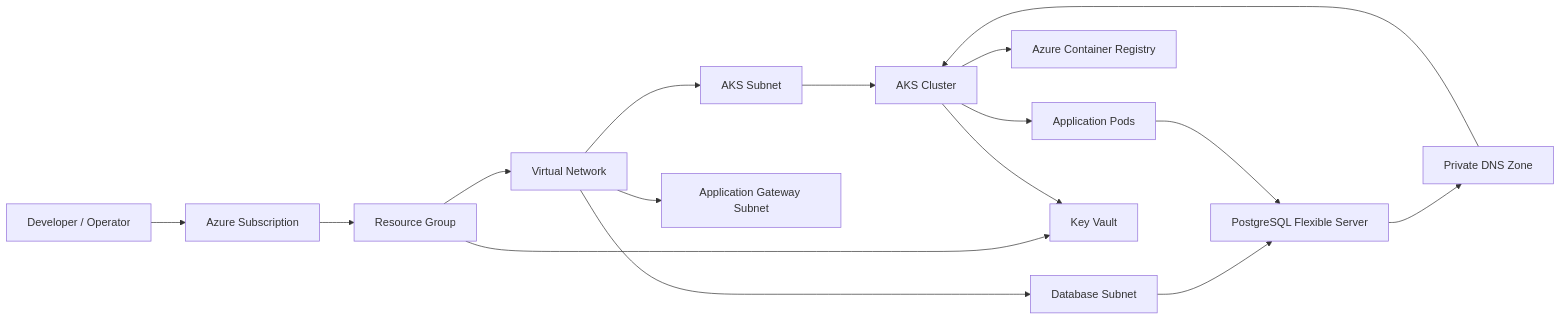
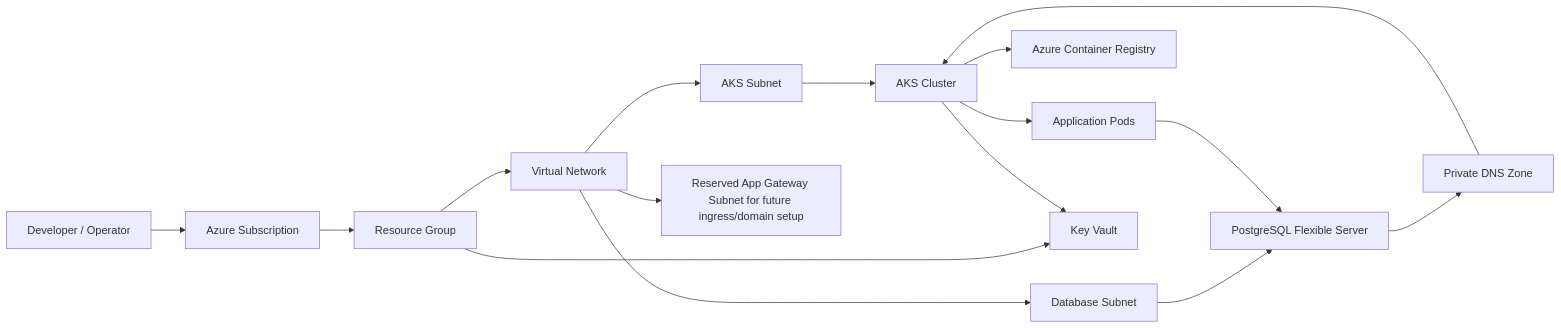
One commit to mohdabbas078/azure-aks-infra changed the diagram in README.md. Above: the diagram before and after it, drawn with Mermaid. The commit also changed other lines of this file and 1 other file, not shown here.

````diff
--- a/README.md
+++ b/README.md
@@ -19,21 +20,21 @@
 ```mermaid
 flowchart LR
     User[Developer / Operator] --> Azure[Azure Subscription]
     Azure --> RG[Resource Group]
     RG --> VNET[Virtual Network]
     VNET --> AKSSubnet[AKS Subnet]
     VNET --> DBSubnet[Database Subnet]
-    VNET --> AppGWSubnet[Application Gateway Subnet]
+    VNET --> AppGWSubnet[Reserved App Gateway Subnet for future ingress/domain setup]
 
     AKSSubnet --> AKS[AKS Cluster]
     AKS --> ACR[Azure Container Registry]
     AKS --> K8sPods[Application Pods]
 
     DBSubnet --> PG[PostgreSQL Flexible Server]
     PG --> DNS[Private DNS Zone]
     DNS --> AKS
 
     RG --> KV[Key Vault]
     AKS --> KV
     K8sPods --> PG
 ```
````
